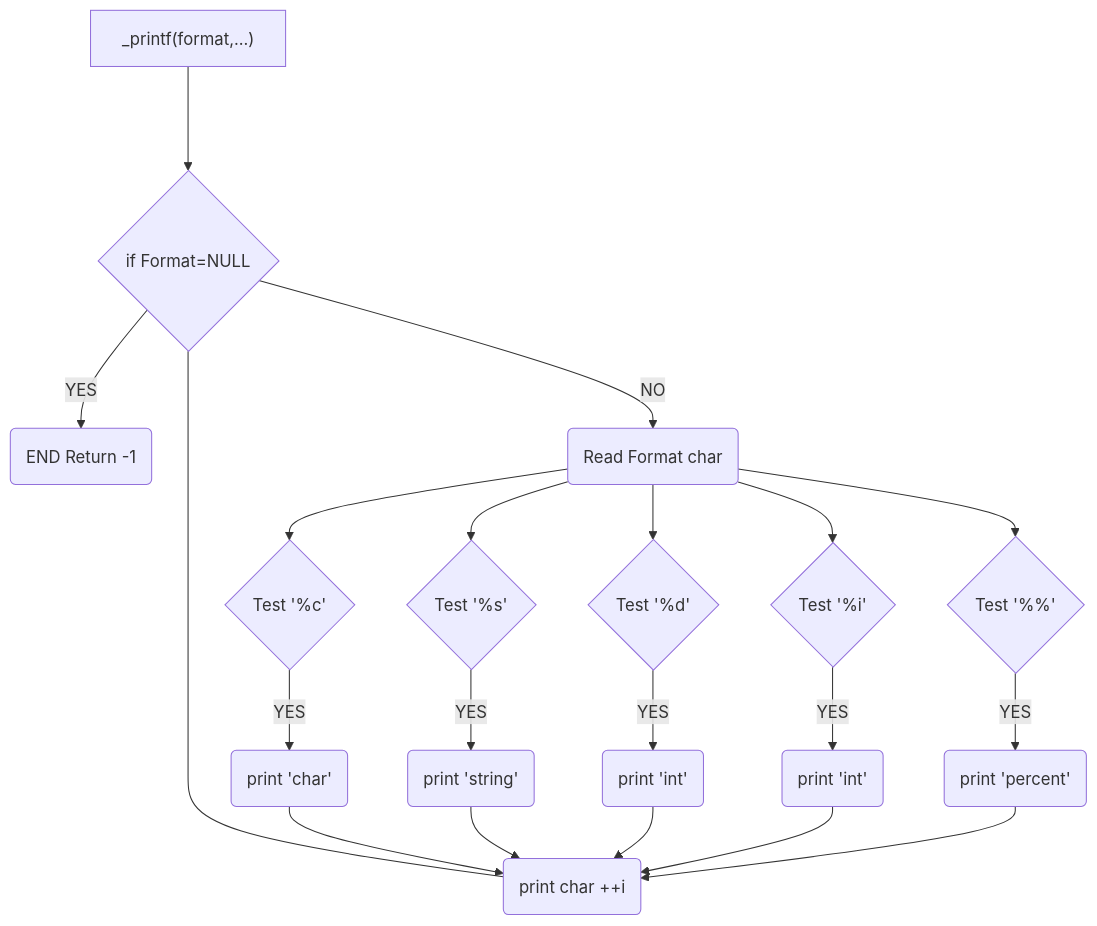
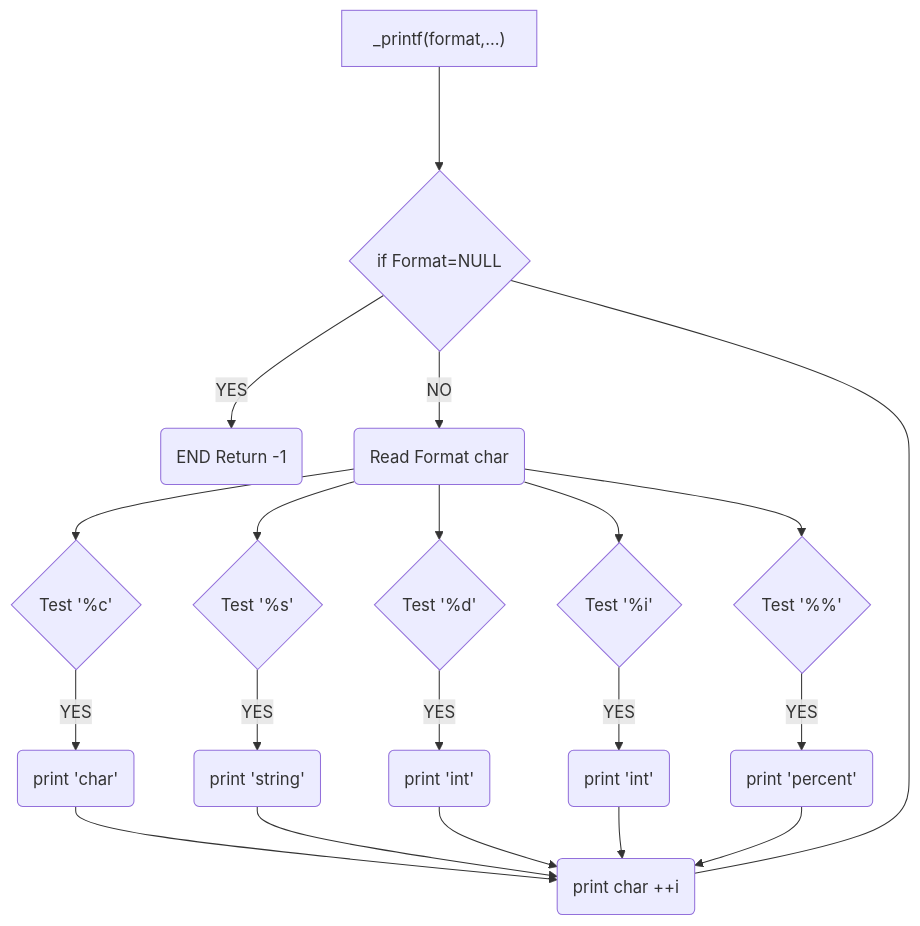
One commit to Genia888/holbertonschool-printf changed the diagram in README.md. Above: the diagram before and after it, drawn with Mermaid.

````diff
--- a/README.md
+++ b/README.md
@@ -76,18 +76,18 @@
 ```mermaid
 flowchart TD
     A["_printf(format,...)"] --->B{"if  Format=NULL"}
-    B --- M
     B -- YES --> I("END Return -1")
     B -- NO --> C("Read Format char")
-    C --> D{Test '%c'} 
-    C --> E{Test '%s' } 
-    C --> F{Test '%d'}  
-    C --> J{Test '%i'}  
+    C --> D{Test '%c'}
+    C --> E{Test '%s' }
+    C --> F{Test '%d'}
+    C --> J{Test '%i'}
     C --> K{Test '%%'}
     D -- YES --> 1(print 'char')
     E -- YES --> 2(print 'string')
     F -- YES --> 3(print 'int')
     J -- YES --> 4(print 'int')
     K -- YES --> 5(print 'percent')
     1 & 2 & 3 & 4 & 5 --> M(print char ++i)
+    B---M
 ```
````
